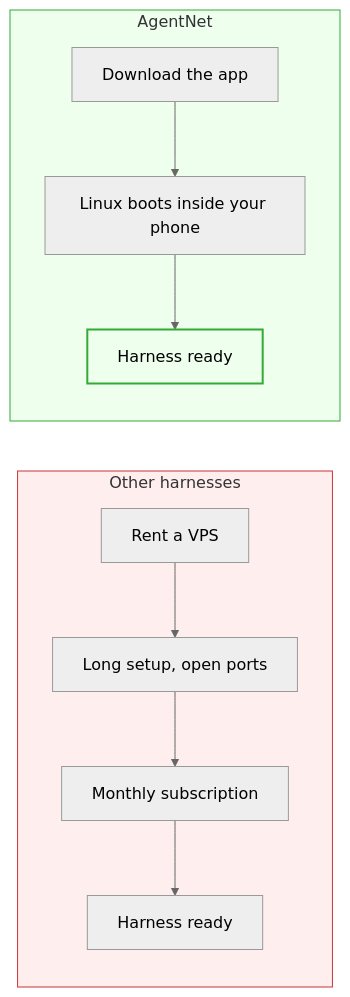
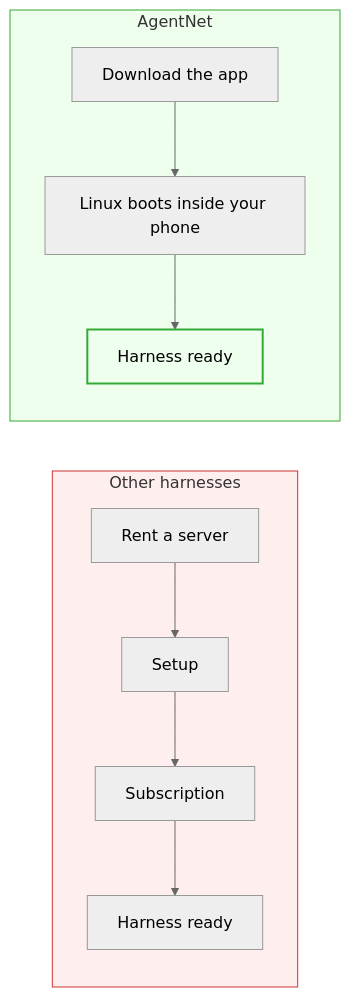
Before and after one commit to IQCoreTeam/AgentNet: the first of 5 diagrams in plans/thread.md, drawn with Mermaid (neutral theme). The commit also changed other lines of this file, not shown here.

````diff
--- a/plans/thread.md
+++ b/plans/thread.md
@@ -40,14 +36,14 @@
 ```mermaid
 flowchart LR
     subgraph Others["Other harnesses"]
         direction TB
-        V["Rent a VPS"] --> S["Long setup, open ports"] --> P["Monthly subscription"] --> H1["Harness ready"]
+        V["Rent a server"] --> S["Setup"] --> P["Subscription"] --> H1["Harness ready"]
     end
     subgraph AN["AgentNet"]
         direction TB
         D["Download the app"] --> L["Linux boots inside your phone"] --> H2["Harness ready"]
     end
     style Others fill:#fee,stroke:#c33
     style AN fill:#efe,stroke:#3a3
     style H2 fill:#efe,stroke:#3a3,stroke-width:2px
 ```
````
